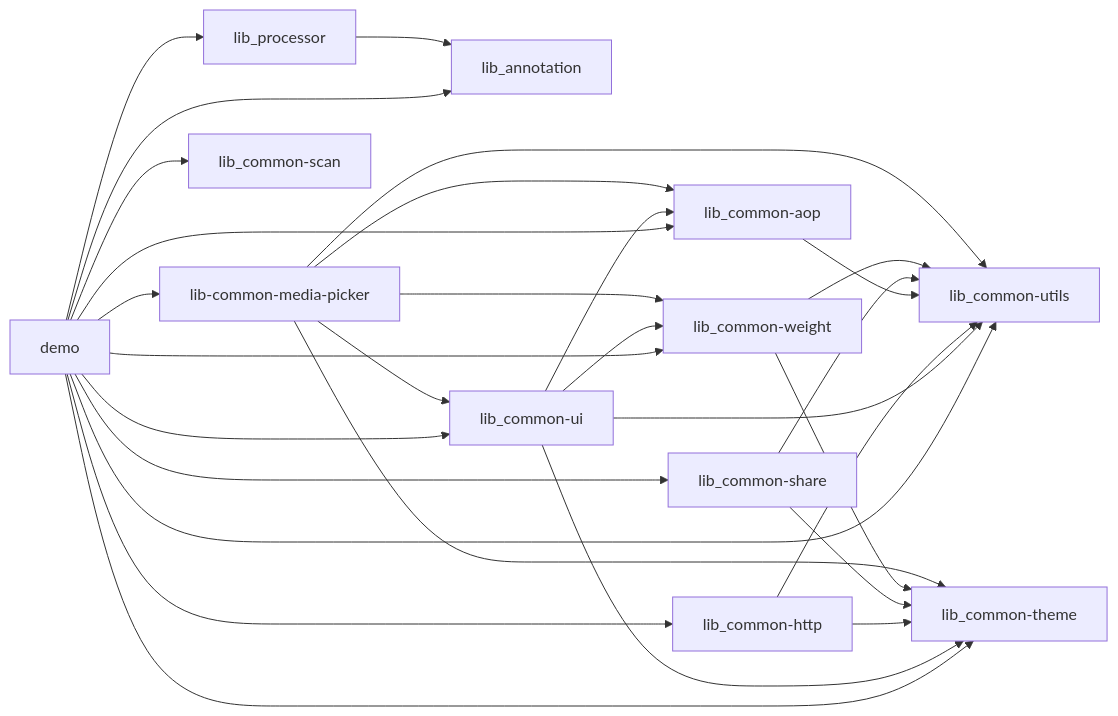
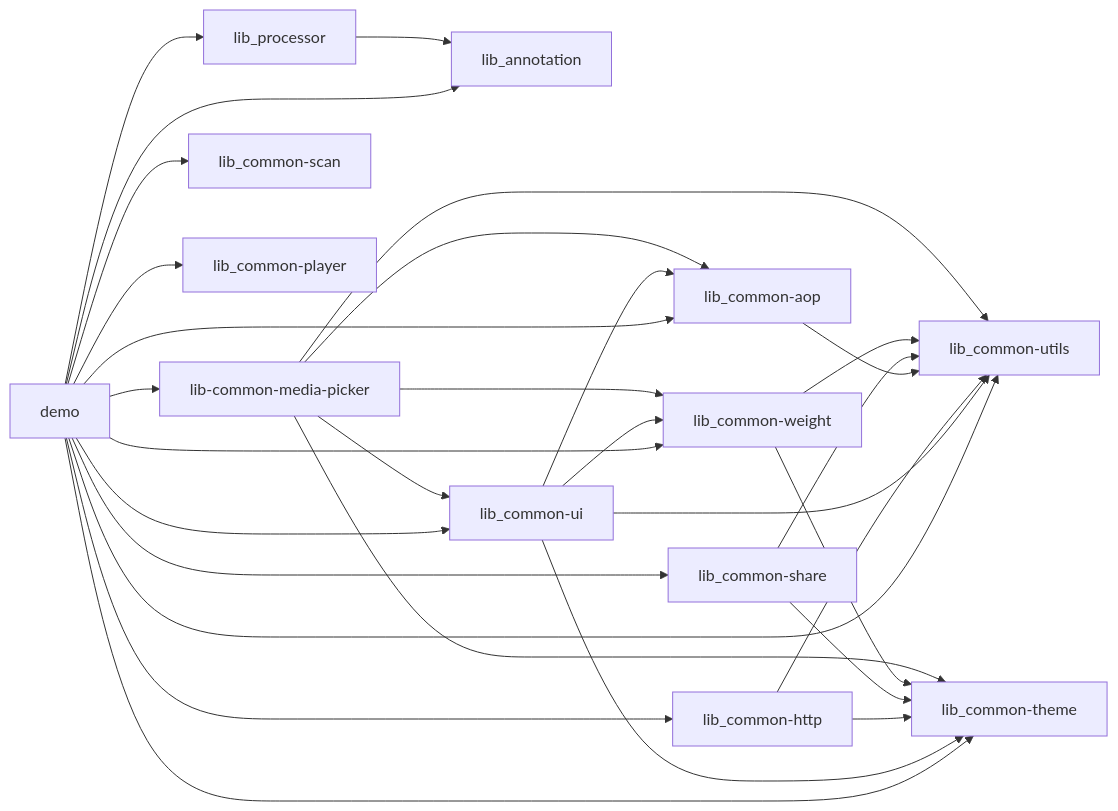
The diagram in README.md (QingDian-Fan/AndroidProject), drawn with Mermaid before and after one commit. The commit also changed other lines of this file and 27 other files, not shown here.

````diff
--- a/README.md
+++ b/README.md
@@ -55,31 +56,32 @@
 ```mermaid
 flowchart LR
     demo["demo"] --> annotation["lib_annotation"]
     demo --> processor["lib_processor"]
     demo --> ui["lib_common-ui"]
     demo --> http["lib_common-http"]
     demo --> utils["lib_common-utils"]
     demo --> theme["lib_common-theme"]
     demo --> weight["lib_common-weight"]
     demo --> aop["lib_common-aop"]
     demo --> share["lib_common-share"]
     demo --> mediaPicker["lib-common-media-picker"]
     demo --> scan["lib_common-scan"]
+    demo --> player["lib_common-player"]
     ui --> utils
     ui --> theme
     ui --> weight
     ui --> aop
     http --> utils
     http --> theme
     aop --> utils
     share --> utils
     share --> theme
     weight --> utils
     weight --> theme
     mediaPicker --> ui
     mediaPicker --> utils
     mediaPicker --> theme
     mediaPicker --> weight
     mediaPicker --> aop
     processor --> annotation
 ```
````
